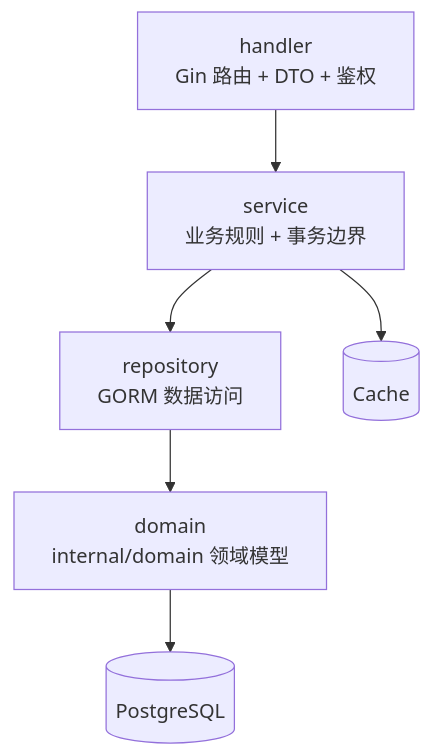
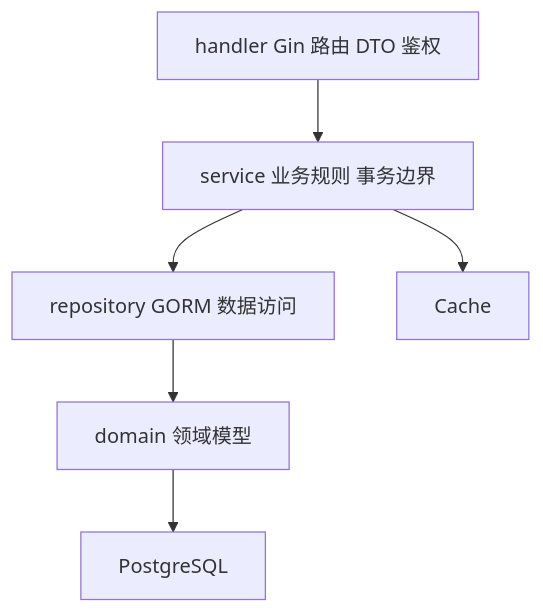
The second of 2 diagrams in backend-go/MICROSERVICES.md (laixinyu/cancer-detection-system), drawn with Mermaid before and after one commit. The commit also changed other lines of this file and 7 other files, not shown here.

Commit message:
docs(backend-go): add architecture decision guide, Redis cache implementation, and cache strategy refinements

````diff
--- a/backend-go/MICROSERVICES.md
+++ b/backend-go/MICROSERVICES.md
@@ -47,12 +48,15 @@
 ```mermaid
-flowchart TB
-  H[handler\nGin 路由 + DTO + 鉴权]
-  S[service\n业务规则 + 事务边界]
-  R[repository\nGORM 数据访问]
-  D[domain\ninternal/domain 领域模型]
-  DB[(PostgreSQL)]
-  C[(Cache)]
+graph TB
+  H[handler Gin 路由 DTO 鉴权]
+  S[service 业务规则 事务边界]
+  R[repository GORM 数据访问]
+  D[domain 领域模型]
+  DB[PostgreSQL]
+  C[Cache]
 
-  H --> S --> R --> D --> DB
+  H --> S
+  S --> R
+  R --> D
+  D --> DB
   S --> C
 ```
````
